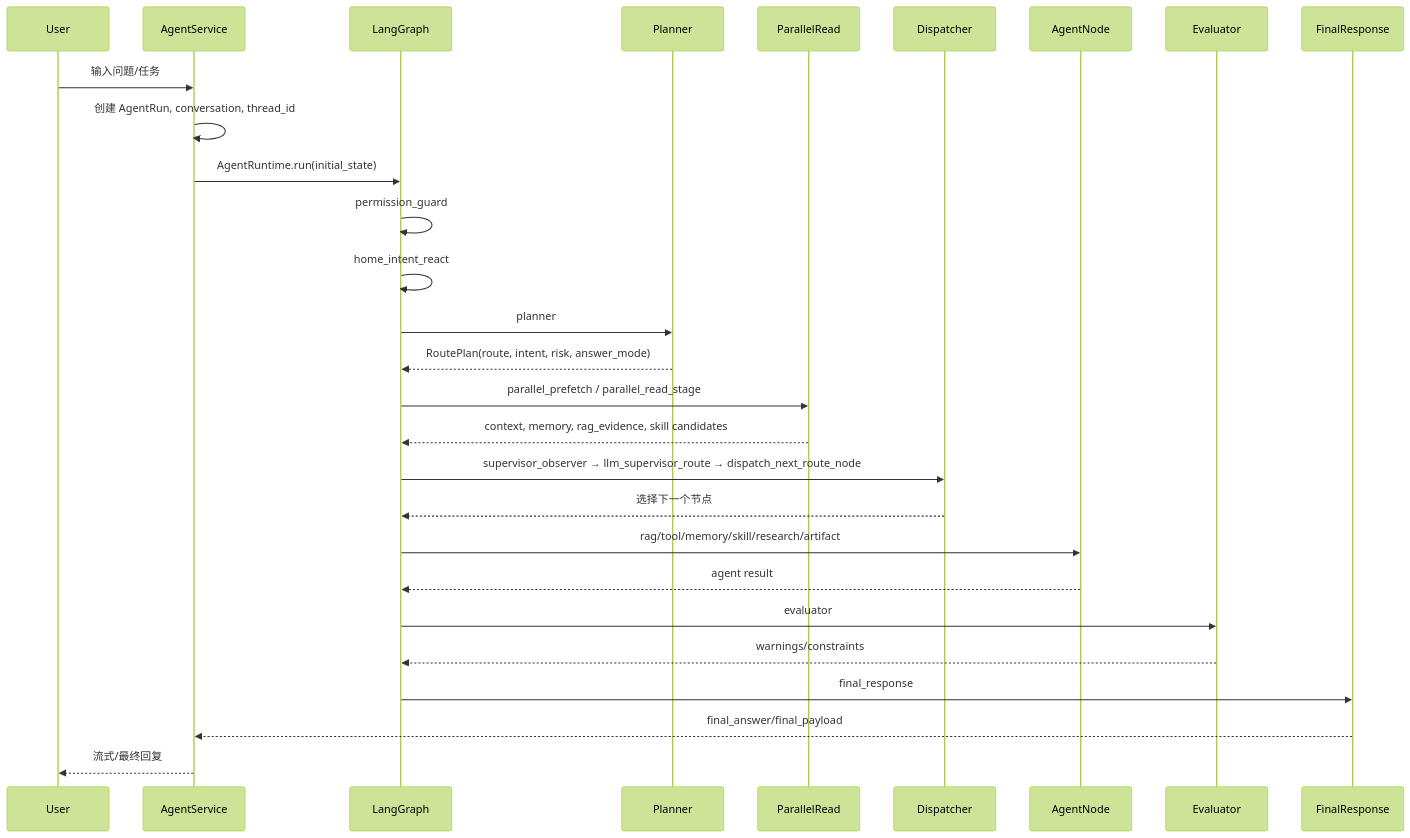
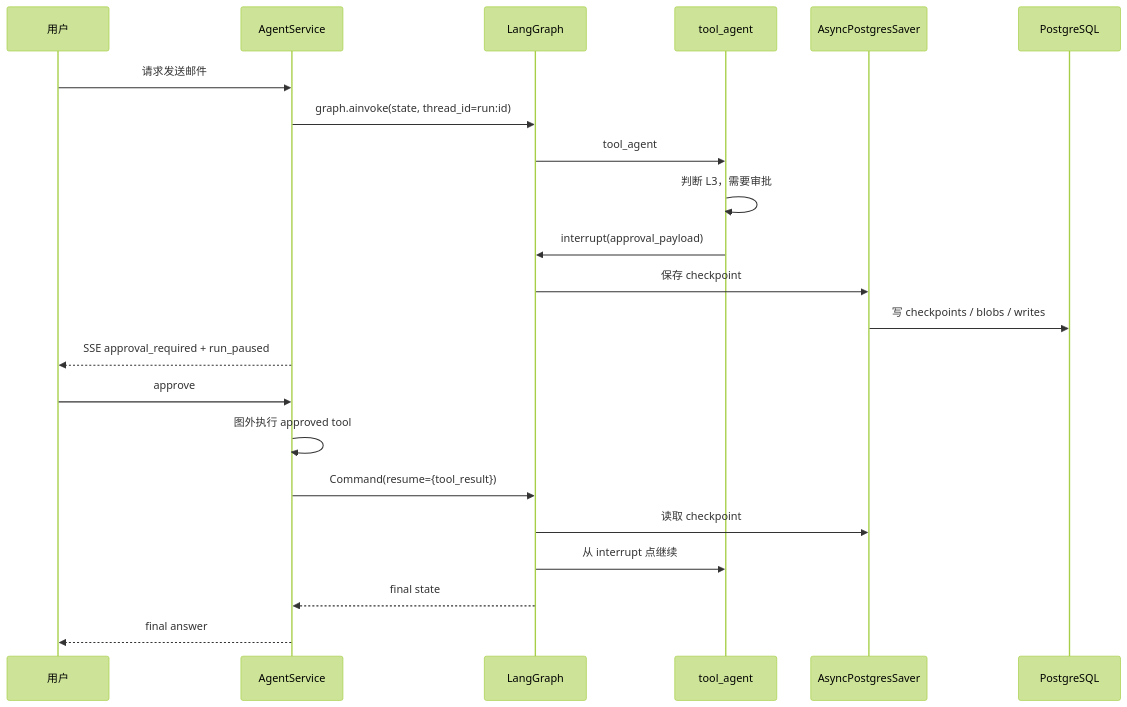
One commit to Ordish-cell/InsightGap-Agent changed the seventh of 27 diagrams in agent面试.md. Above: the diagram before and after it, drawn with Mermaid (forest theme). The commit also changed other lines of this file and 16 other files, not shown here.

````diff
--- a/agent面试.md
+++ b/agent面试.md
@@ -1264,31 +501,25 @@
 ```mermaid
 sequenceDiagram
-    participant U as User
-    participant S as AgentService
+    participant User as 用户
+    participant AS as AgentService
     participant G as LangGraph
-    participant P as Planner
-    participant R as ParallelRead
-    participant D as Dispatcher
-    participant A as AgentNode
-    participant E as Evaluator
-    participant F as FinalResponse
+    participant TA as tool_agent
+    participant CP as AsyncPostgresSaver
+    participant DB as PostgreSQL
 
-    U->>S: 输入问题/任务
-    S->>S: 创建 AgentRun, conversation, thread_id
-    S->>G: AgentRuntime.run(initial_state)
-    G->>G: permission_guard
-    G->>G: home_intent_react
-    G->>P: planner
-    P-->>G: RoutePlan(route, intent, risk, answer_mode)
-    G->>R: parallel_prefetch / parallel_read_stage
-    R-->>G: context, memory, rag_evidence, skill candidates
-    G->>D: supervisor_observer → llm_supervisor_route → dispatch_next_route_node
-    D-->>G: 选择下一个节点
-    G->>A: rag/tool/memory/skill/research/artifact
-    A-->>G: agent result
-    G->>E: evaluator
-    E-->>G: warnings/constraints
-    G->>F: final_response
-    F-->>S: final_answer/final_payload
-    S-->>U: 流式/最终回复
+    User->>AS: 请求发送邮件
+    AS->>G: graph.ainvoke(state, thread_id=run:id)
+    G->>TA: tool_agent
+    TA->>TA: 判断 L3，需要审批
+    TA->>G: interrupt(approval_payload)
+    G->>CP: 保存 checkpoint
+    CP->>DB: 写 checkpoints / blobs / writes
+    AS-->>User: SSE approval_required + run_paused
+    User->>AS: approve
+    AS->>AS: 图外执行 approved tool
+    AS->>G: Command(resume={tool_result})
+    G->>CP: 读取 checkpoint
+    G->>TA: 从 interrupt 点继续
+    G-->>AS: final state
+    AS-->>User: final answer
 ```
````
